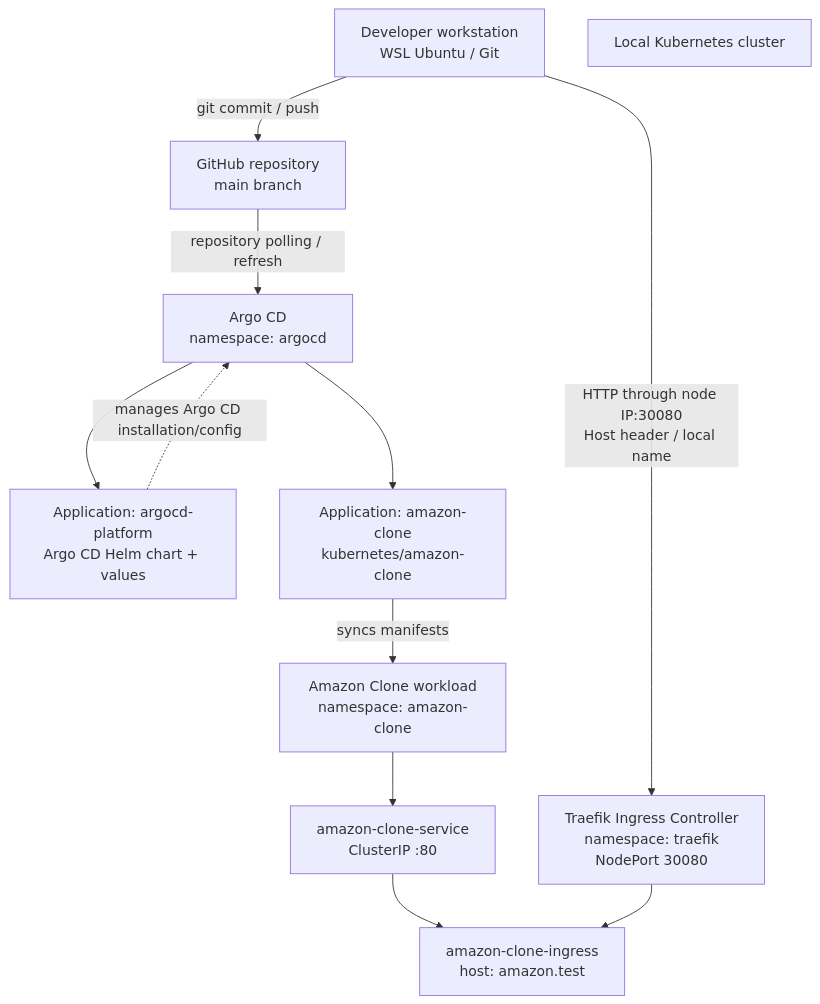
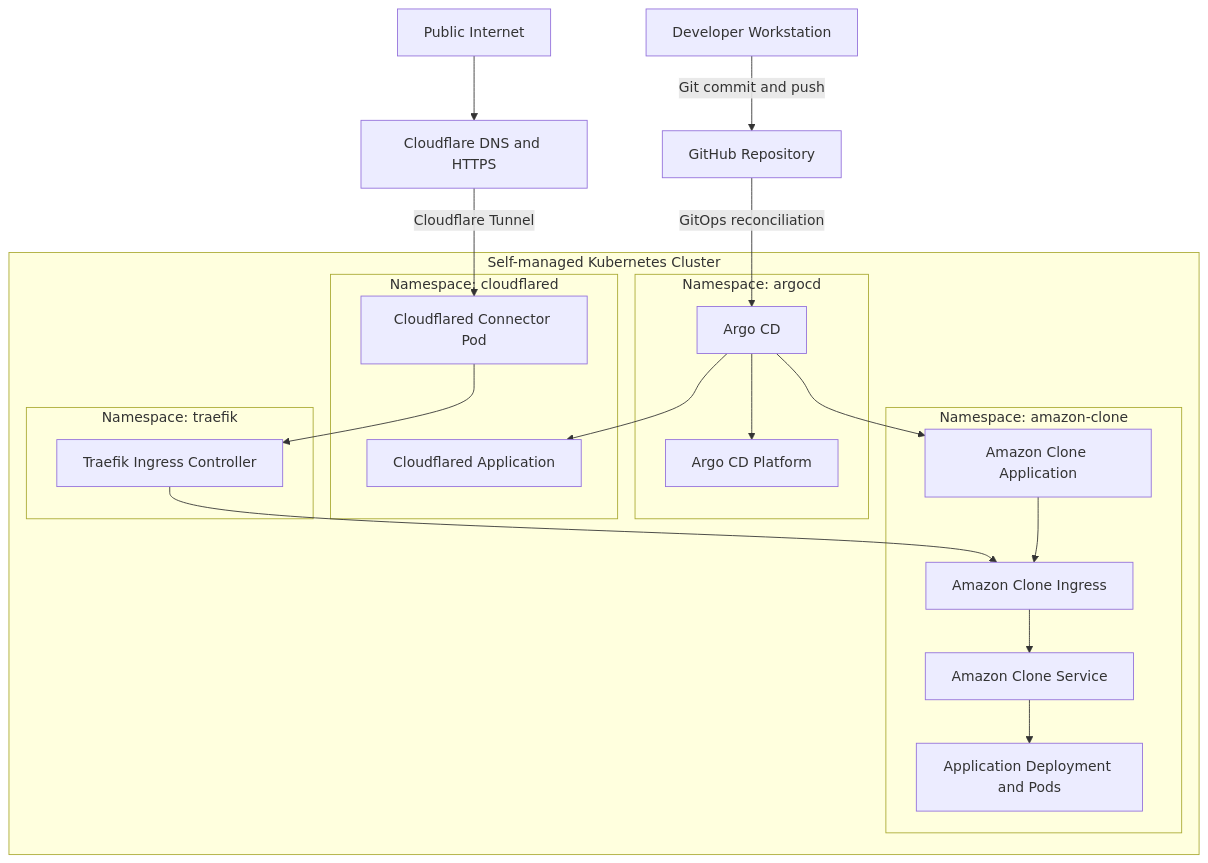
Before and after one commit to Mexxy-lab/amazon-clone-app_argocd-manifest: the first of 2 diagrams in README.md, drawn with Mermaid. The commit also changed other lines of this file, not shown here.

````diff
--- a/README.md
+++ b/README.md
@@ -66,24 +54,48 @@
 ```mermaid
 flowchart TB
-    DEV["Developer workstation<br/>WSL Ubuntu / Git"]
-    GIT["GitHub repository<br/>main branch"]
-    ARGO["Argo CD<br/>namespace: argocd"]
-    PLATFORM["Application: argocd-platform<br/>Argo CD Helm chart + values"]
-    APP["Application: amazon-clone<br/>kubernetes/amazon-clone"]
-    K8S["Local Kubernetes cluster"]
-    TRAEFIK["Traefik Ingress Controller<br/>namespace: traefik<br/>NodePort 30080"]
-    WORKLOAD["Amazon Clone workload<br/>namespace: amazon-clone"]
-    SVC["amazon-clone-service<br/>ClusterIP :80"]
-    ING["amazon-clone-ingress<br/>host: amazon.test"]
+    DEV["Developer Workstation"]
+    GIT["GitHub Repository"]
+    ARGO["Argo CD"]
+    APP["Amazon Clone Application"]
+    PLATFORM["Argo CD Platform"]
+    CFAPP["Cloudflared Application"]
 
-    DEV -->|"git commit / push"| GIT
-    GIT -->|"repository polling / refresh"| ARGO
+    subgraph K8S["Self-managed Kubernetes Cluster"]
+        subgraph NS1["Namespace: argocd"]
+            ARGO
+            PLATFORM
+        end
+
+        subgraph NS2["Namespace: amazon-clone"]
+            APP
+            ING["Amazon Clone Ingress"]
+            SVC["Amazon Clone Service"]
+            POD["Application Deployment and Pods"]
+        end
+
+        subgraph NS3["Namespace: cloudflared"]
+            CFAPP
+            TUNNEL["Cloudflared Connector Pod"]
+        end
+
+        subgraph NS4["Namespace: traefik"]
+            TRAEFIK["Traefik Ingress Controller"]
+        end
+    end
+
+    DEV -->|"Git commit and push"| GIT
+    GIT -->|"GitOps reconciliation"| ARGO
+    ARGO --> APP
     ARGO --> PLATFORM
-    ARGO --> APP
-    PLATFORM -. "manages Argo CD installation/config" .-> ARGO
-    APP -->|"syncs manifests"| WORKLOAD
-    WORKLOAD --> SVC
-    SVC --> ING
+    ARGO --> CFAPP
+    APP --> ING
+    ING --> SVC
+    SVC --> POD
+    TUNNEL --> TRAEFIK
     TRAEFIK --> ING
-    DEV -->|"HTTP through node IP:30080<br/>Host header / local name"| TRAEFIK
+
+    INTERNET["Public Internet"]
+    CF["Cloudflare DNS and HTTPS"]
+    INTERNET --> CF
+    CF -->|"Cloudflare Tunnel"| TUNNEL
 ```
````
